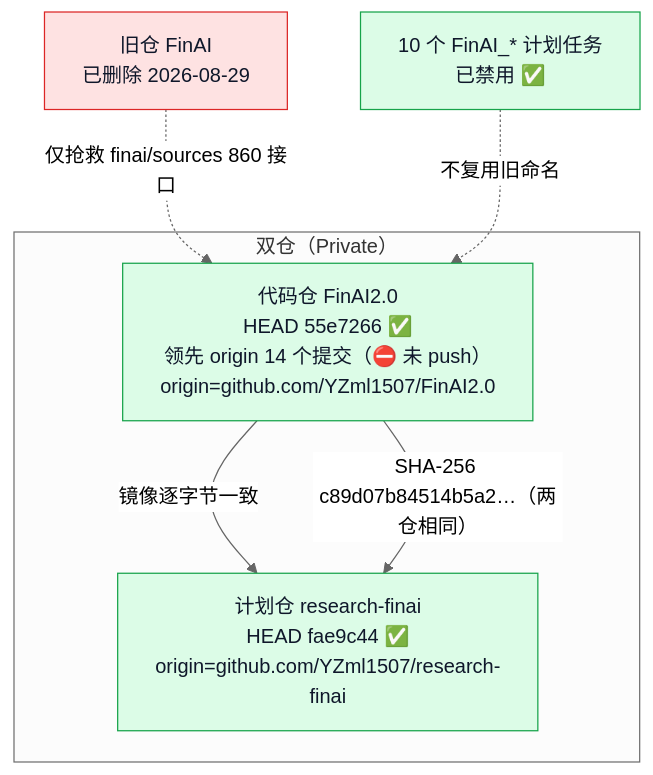
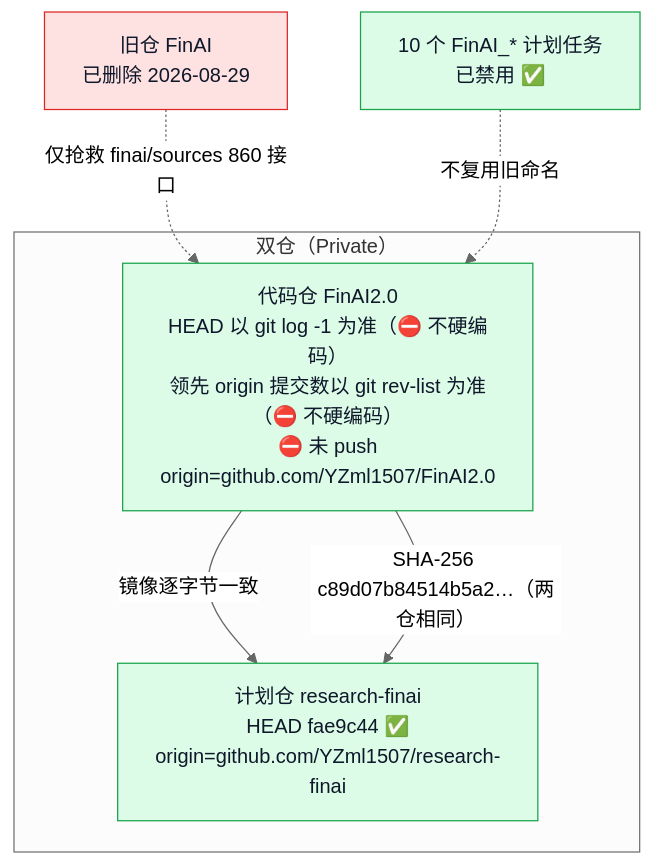
The first of 8 diagrams in docs/project_status_flowchart.md (YZml1507/FinAI2.0), drawn with Mermaid (neutral theme) before and after one commit. The commit also changed other lines of this file and 2 other files, not shown here.

First line of the commit message:
fix(docs): 消除 HEAD 自指过期 + 还原外部工具注入 + 补环境坑与人读总结

````diff
--- a/docs/project_status_flowchart.md
+++ b/docs/project_status_flowchart.md
@@ -12,17 +13,17 @@
 ```mermaid
 flowchart TD
   subgraph REPO["双仓（Private）"]
-    F["代码仓 FinAI2.0<br/>HEAD 55e7266 ✅<br/>领先 origin 14 个提交（⛔ 未 push）<br/>origin=github.com/YZml1507/FinAI2.0"]
+    F["代码仓 FinAI2.0<br/>HEAD 以 git log -1 为准（⛔ 不硬编码）<br/>领先 origin 提交数以 git rev-list 为准（⛔ 不硬编码）<br/>⛔ 未 push<br/>origin=github.com/YZml1507/FinAI2.0"]
     R["计划仓 research-finai<br/>HEAD fae9c44 ✅<br/>origin=github.com/YZml1507/research-finai"]
     F -->|镜像逐字节一致| R
     F -->|SHA-256 c89d07b84514b5a2…（两仓相同）| R
   end
   DEL["旧仓 FinAI<br/>已删除 2026-08-29"]
   TASK["10 个 FinAI_* 计划任务<br/>已禁用 ✅"]
   DEL -.->|仅抢救 finai/sources 860 接口| F
   TASK -.->|不复用旧命名| F
   style F fill:#dcfce7,stroke:#16a34a,color:#0f172a
   style R fill:#dcfce7,stroke:#16a34a,color:#0f172a
   style DEL fill:#fee2e2,stroke:#dc2626,color:#0f172a
   style TASK fill:#dcfce7,stroke:#16a34a,color:#0f172a
 ```
````
